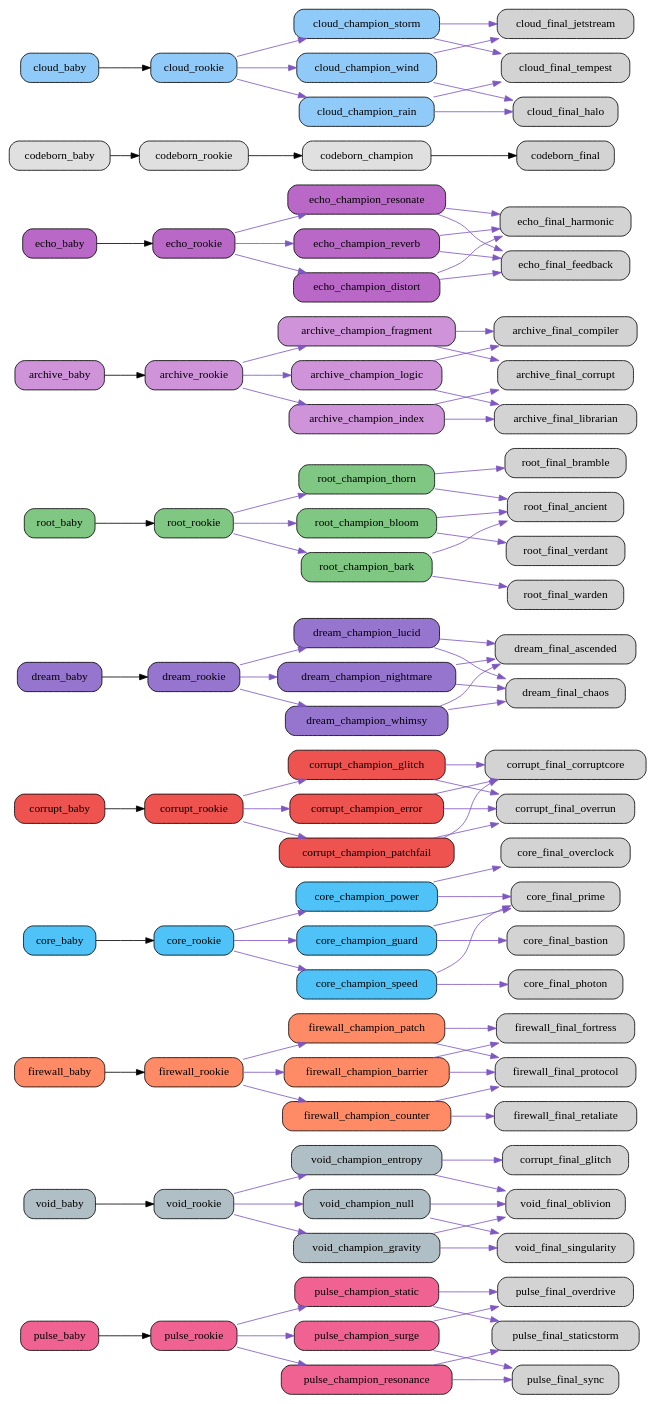
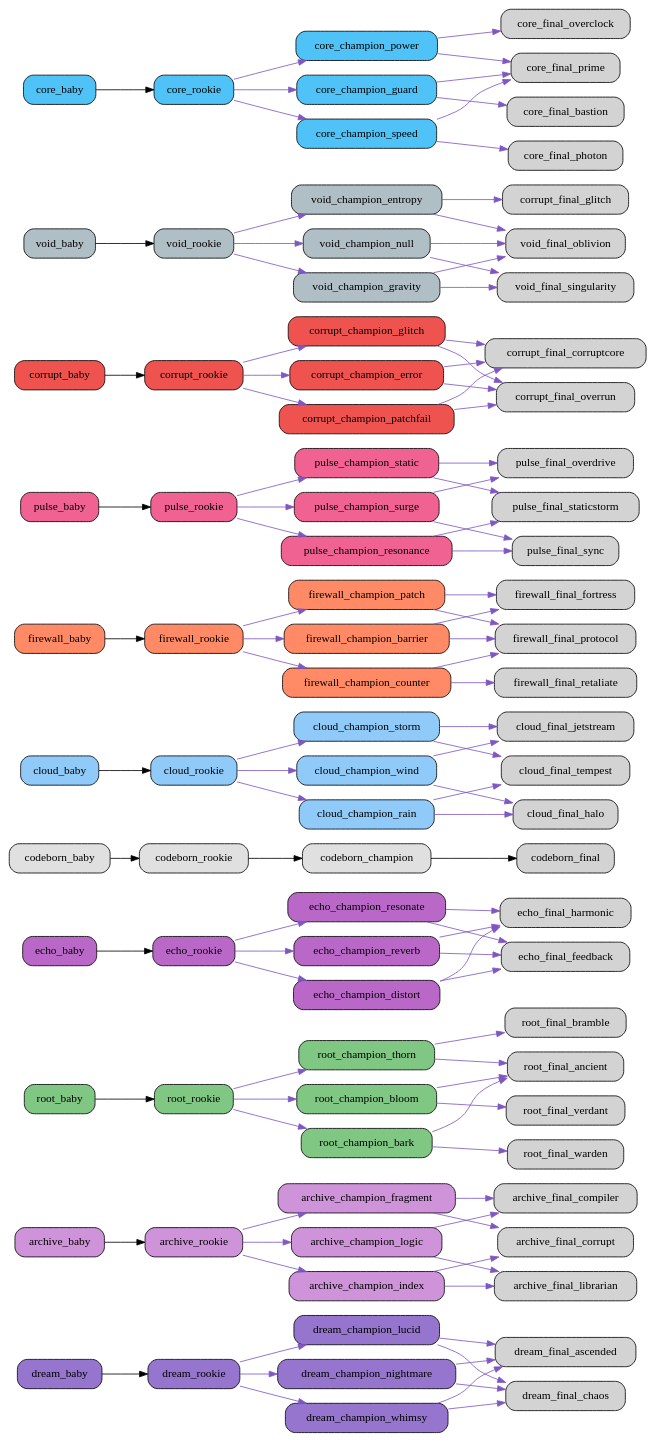
Before and after one commit to bwlight/NetGrid: the diagram in src/netgrid/systems/evolution/graphs/full/evolution_graph.dot, drawn with Graphviz. The commit also changed other lines of this file and 8 other files, not shown here.

Commit message:
Auto-update evolution graphs

```diff
--- a/src/netgrid/systems/evolution/graphs/full/evolution_graph.dot
+++ b/src/netgrid/systems/evolution/graphs/full/evolution_graph.dot
@@ -1,81 +1,6 @@
 digraph EvolutionTree {
   rankdir=LR;
   node [shape=box, style="rounded,filled"];
-  "pulse_baby" [fillcolor="#f06292"];
-  "pulse_baby" -> "pulse_rookie";
-  "pulse_rookie" [fillcolor="#f06292"];
-  "pulse_rookie" -> "pulse_champion_surge" [color="#7e57c2"];
-  "pulse_rookie" -> "pulse_champion_resonance" [color="#7e57c2"];
-  "pulse_rookie" -> "pulse_champion_static" [color="#7e57c2"];
-  "pulse_champion_surge" [fillcolor="#f06292"];
-  "pulse_champion_surge" -> "pulse_final_overdrive" [color="#7e57c2"];
-  "pulse_champion_surge" -> "pulse_final_sync" [color="#7e57c2"];
-  "pulse_champion_resonance" [fillcolor="#f06292"];
-  "pulse_champion_resonance" -> "pulse_final_sync" [color="#7e57c2"];
-  "pulse_champion_resonance" -> "pulse_final_staticstorm" [color="#7e57c2"];
-  "pulse_champion_static" [fillcolor="#f06292"];
-  "pulse_champion_static" -> "pulse_final_staticstorm" [color="#7e57c2"];
-  "pulse_champion_static" -> "pulse_final_overdrive" [color="#7e57c2"];
-  "void_baby" [fillcolor="#b0bec5"];
-  "void_baby" -> "void_rookie";
-  "void_rookie" [fillcolor="#b0bec5"];
-  "void_rookie" -> "void_champion_entropy" [color="#7e57c2"];
-  "void_rookie" -> "void_champion_gravity" [color="#7e57c2"];
-  "void_rookie" -> "void_champion_null" [color="#7e57c2"];
-  "void_champion_entropy" [fillcolor="#b0bec5"];
-  "void_champion_entropy" -> "corrupt_final_glitch" [color="#7e57c2"];
-  "void_champion_entropy" -> "void_final_oblivion" [color="#7e57c2"];
-  "void_champion_gravity" [fillcolor="#b0bec5"];
-  "void_champion_gravity" -> "void_final_singularity" [color="#7e57c2"];
-  "void_champion_gravity" -> "void_final_oblivion" [color="#7e57c2"];
-  "void_champion_null" [fillcolor="#b0bec5"];
-  "void_champion_null" -> "void_final_oblivion" [color="#7e57c2"];
-  "void_champion_null" -> "void_final_singularity" [color="#7e57c2"];
-  "firewall_baby" [fillcolor="#ff8a65"];
-  "firewall_baby" -> "firewall_rookie";
-  "firewall_rookie" [fillcolor="#ff8a65"];
-  "firewall_rookie" -> "firewall_champion_barrier" [color="#7e57c2"];
-  "firewall_rookie" -> "firewall_champion_counter" [color="#7e57c2"];
-  "firewall_rookie" -> "firewall_champion_patch" [color="#7e57c2"];
-  "firewall_champion_barrier" [fillcolor="#ff8a65"];
-  "firewall_champion_barrier" -> "firewall_final_fortress" [color="#7e57c2"];
-  "firewall_champion_barrier" -> "firewall_final_protocol" [color="#7e57c2"];
-  "firewall_champion_counter" [fillcolor="#ff8a65"];
-  "firewall_champion_counter" -> "firewall_final_retaliate" [color="#7e57c2"];
-  "firewall_champion_counter" -> "firewall_final_protocol" [color="#7e57c2"];
-  "firewall_champion_patch" [fillcolor="#ff8a65"];
-  "firewall_champion_patch" -> "firewall_final_protocol" [color="#7e57c2"];
-  "firewall_champion_patch" -> "firewall_final_fortress" [color="#7e57c2"];
-  "core_baby" [fillcolor="#4fc3f7"];
-  "core_baby" -> "core_rookie";
-  "core_rookie" [fillcolor="#4fc3f7"];
-  "core_rookie" -> "core_champion_power" [color="#7e57c2"];
-  "core_rookie" -> "core_champion_guard" [color="#7e57c2"];
-  "core_rookie" -> "core_champion_speed" [color="#7e57c2"];
-  "core_champion_power" [fillcolor="#4fc3f7"];
-  "core_champion_power" -> "core_final_overclock" [color="#7e57c2"];
-  "core_champion_power" -> "core_final_prime" [color="#7e57c2"];
-  "core_champion_guard" [fillcolor="#4fc3f7"];
-  "core_champion_guard" -> "core_final_bastion" [color="#7e57c2"];
-  "core_champion_guard" -> "core_final_prime" [color="#7e57c2"];
-  "core_champion_speed" [fillcolor="#4fc3f7"];
-  "core_champion_speed" -> "core_final_photon" [color="#7e57c2"];
-  "core_champion_speed" -> "core_final_prime" [color="#7e57c2"];
-  "corrupt_baby" [fillcolor="#ef5350"];
-  "corrupt_baby" -> "corrupt_rookie";
-  "corrupt_rookie" [fillcolor="#ef5350"];
-  "corrupt_rookie" -> "corrupt_champion_glitch" [color="#7e57c2"];
-  "corrupt_rookie" -> "corrupt_champion_error" [color="#7e57c2"];
-  "corrupt_rookie" -> "corrupt_champion_patchfail" [color="#7e57c2"];
-  "corrupt_champion_glitch" [fillcolor="#ef5350"];
-  "corrupt_champion_glitch" -> "corrupt_final_corruptcore" [color="#7e57c2"];
-  "corrupt_champion_glitch" -> "corrupt_final_overrun" [color="#7e57c2"];
-  "corrupt_champion_error" [fillcolor="#ef5350"];
-  "corrupt_champion_error" -> "corrupt_final_overrun" [color="#7e57c2"];
-  "corrupt_champion_error" -> "corrupt_final_corruptcore" [color="#7e57c2"];
-  "corrupt_champion_patchfail" [fillcolor="#ef5350"];
-  "corrupt_champion_patchfail" -> "corrupt_final_corruptcore" [color="#7e57c2"];
-  "corrupt_champion_patchfail" -> "corrupt_final_overrun" [color="#7e57c2"];
   "dream_baby" [fillcolor="#9575cd"];
   "dream_baby" -> "dream_rookie";
   "dream_rookie" [fillcolor="#9575cd"];
@@ -91,6 +16,21 @@
   "dream_champion_whimsy" [fillcolor="#9575cd"];
   "dream_champion_whimsy" -> "dream_final_ascended" [color="#7e57c2"];
   "dream_champion_whimsy" -> "dream_final_chaos" [color="#7e57c2"];
+  "archive_baby" [fillcolor="#ce93d8"];
+  "archive_baby" -> "archive_rookie";
+  "archive_rookie" [fillcolor="#ce93d8"];
+  "archive_rookie" -> "archive_champion_logic" [color="#7e57c2"];
+  "archive_rookie" -> "archive_champion_index" [color="#7e57c2"];
+  "archive_rookie" -> "archive_champion_fragment" [color="#7e57c2"];
+  "archive_champion_logic" [fillcolor="#ce93d8"];
+  "archive_champion_logic" -> "archive_final_compiler" [color="#7e57c2"];
+  "archive_champion_logic" -> "archive_final_librarian" [color="#7e57c2"];
+  "archive_champion_index" [fillcolor="#ce93d8"];
+  "archive_champion_index" -> "archive_final_librarian" [color="#7e57c2"];
+  "archive_champion_index" -> "archive_final_corrupt" [color="#7e57c2"];
+  "archive_champion_fragment" [fillcolor="#ce93d8"];
+  "archive_champion_fragment" -> "archive_final_corrupt" [color="#7e57c2"];
+  "archive_champion_fragment" -> "archive_final_compiler" [color="#7e57c2"];
   "root_baby" [fillcolor="#81c784"];
   "root_baby" -> "root_rookie";
   "root_rookie" [fillcolor="#81c784"];
@@ -106,21 +46,6 @@
   "root_champion_bark" [fillcolor="#81c784"];
   "root_champion_bark" -> "root_final_warden" [color="#7e57c2"];
   "root_champion_bark" -> "root_final_ancient" [color="#7e57c2"];
-  "archive_baby" [fillcolor="#ce93d8"];
-  "archive_baby" -> "archive_rookie";
-  "archive_rookie" [fillcolor="#ce93d8"];
-  "archive_rookie" -> "archive_champion_logic" [color="#7e57c2"];
-  "archive_rookie" -> "archive_champion_index" [color="#7e57c2"];
-  "archive_rookie" -> "archive_champion_fragment" [color="#7e57c2"];
-  "archive_champion_logic" [fillcolor="#ce93d8"];
-  "archive_champion_logic" -> "archive_final_compiler" [color="#7e57c2"];
-  "archive_champion_logic" -> "archive_final_librarian" [color="#7e57c2"];
-  "archive_champion_index" [fillcolor="#ce93d8"];
-  "archive_champion_index" -> "archive_final_librarian" [color="#7e57c2"];
-  "archive_champion_index" -> "archive_final_corrupt" [color="#7e57c2"];
-  "archive_champion_fragment" [fillcolor="#ce93d8"];
-  "archive_champion_fragment" -> "archive_final_corrupt" [color="#7e57c2"];
-  "archive_champion_fragment" -> "archive_final_compiler" [color="#7e57c2"];
   "echo_baby" [fillcolor="#ba68c8"];
   "echo_baby" -> "echo_rookie";
   "echo_rookie" [fillcolor="#ba68c8"];
@@ -157,4 +82,79 @@
   "cloud_champion_storm" [fillcolor="#90caf9"];
   "cloud_champion_storm" -> "cloud_final_tempest" [color="#7e57c2"];
   "cloud_champion_storm" -> "cloud_final_jetstream" [color="#7e57c2"];
+  "firewall_baby" [fillcolor="#ff8a65"];
+  "firewall_baby" -> "firewall_rookie";
+  "firewall_rookie" [fillcolor="#ff8a65"];
+  "firewall_rookie" -> "firewall_champion_barrier" [color="#7e57c2"];
+  "firewall_rookie" -> "firewall_champion_counter" [color="#7e57c2"];
+  "firewall_rookie" -> "firewall_champion_patch" [color="#7e57c2"];
+  "firewall_champion_barrier" [fillcolor="#ff8a65"];
+  "firewall_champion_barrier" -> "firewall_final_fortress" [color="#7e57c2"];
+  "firewall_champion_barrier" -> "firewall_final_protocol" [color="#7e57c2"];
+  "firewall_champion_counter" [fillcolor="#ff8a65"];
+  "firewall_champion_counter" -> "firewall_final_retaliate" [color="#7e57c2"];
+  "firewall_champion_counter" -> "firewall_final_protocol" [color="#7e57c2"];
+  "firewall_champion_patch" [fillcolor="#ff8a65"];
+  "firewall_champion_patch" -> "firewall_final_protocol" [color="#7e57c2"];
+  "firewall_champion_patch" -> "firewall_final_fortress" [color="#7e57c2"];
+  "pulse_baby" [fillcolor="#f06292"];
+  "pulse_baby" -> "pulse_rookie";
+  "pulse_rookie" [fillcolor="#f06292"];
+  "pulse_rookie" -> "pulse_champion_surge" [color="#7e57c2"];
+  "pulse_rookie" -> "pulse_champion_resonance" [color="#7e57c2"];
+  "pulse_rookie" -> "pulse_champion_static" [color="#7e57c2"];
+  "pulse_champion_surge" [fillcolor="#f06292"];
+  "pulse_champion_surge" -> "pulse_final_overdrive" [color="#7e57c2"];
+  "pulse_champion_surge" -> "pulse_final_sync" [color="#7e57c2"];
+  "pulse_champion_resonance" [fillcolor="#f06292"];
+  "pulse_champion_resonance" -> "pulse_final_sync" [color="#7e57c2"];
+  "pulse_champion_resonance" -> "pulse_final_staticstorm" [color="#7e57c2"];
+  "pulse_champion_static" [fillcolor="#f06292"];
+  "pulse_champion_static" -> "pulse_final_staticstorm" [color="#7e57c2"];
+  "pulse_champion_static" -> "pulse_final_overdrive" [color="#7e57c2"];
+  "corrupt_baby" [fillcolor="#ef5350"];
+  "corrupt_baby" -> "corrupt_rookie";
+  "corrupt_rookie" [fillcolor="#ef5350"];
+  "corrupt_rookie" -> "corrupt_champion_glitch" [color="#7e57c2"];
+  "corrupt_rookie" -> "corrupt_champion_error" [color="#7e57c2"];
+  "corrupt_rookie" -> "corrupt_champion_patchfail" [color="#7e57c2"];
+  "corrupt_champion_glitch" [fillcolor="#ef5350"];
+  "corrupt_champion_glitch" -> "corrupt_final_corruptcore" [color="#7e57c2"];
+  "corrupt_champion_glitch" -> "corrupt_final_overrun" [color="#7e57c2"];
+  "corrupt_champion_error" [fillcolor="#ef5350"];
+  "corrupt_champion_error" -> "corrupt_final_overrun" [color="#7e57c2"];
+  "corrupt_champion_error" -> "corrupt_final_corruptcore" [color="#7e57c2"];
+  "corrupt_champion_patchfail" [fillcolor="#ef5350"];
+  "corrupt_champion_patchfail" -> "corrupt_final_corruptcore" [color="#7e57c2"];
+  "corrupt_champion_patchfail" -> "corrupt_final_overrun" [color="#7e57c2"];
+  "void_baby" [fillcolor="#b0bec5"];
+  "void_baby" -> "void_rookie";
+  "void_rookie" [fillcolor="#b0bec5"];
+  "void_rookie" -> "void_champion_entropy" [color="#7e57c2"];
+  "void_rookie" -> "void_champion_gravity" [color="#7e57c2"];
+  "void_rookie" -> "void_champion_null" [color="#7e57c2"];
+  "void_champion_entropy" [fillcolor="#b0bec5"];
+  "void_champion_entropy" -> "corrupt_final_glitch" [color="#7e57c2"];
+  "void_champion_entropy" -> "void_final_oblivion" [color="#7e57c2"];
+  "void_champion_gravity" [fillcolor="#b0bec5"];
+  "void_champion_gravity" -> "void_final_singularity" [color="#7e57c2"];
+  "void_champion_gravity" -> "void_final_oblivion" [color="#7e57c2"];
+  "void_champion_null" [fillcolor="#b0bec5"];
+  "void_champion_null" -> "void_final_oblivion" [color="#7e57c2"];
+  "void_champion_null" -> "void_final_singularity" [color="#7e57c2"];
+  "core_baby" [fillcolor="#4fc3f7"];
+  "core_baby" -> "core_rookie";
+  "core_rookie" [fillcolor="#4fc3f7"];
+  "core_rookie" -> "core_champion_power" [color="#7e57c2"];
+  "core_rookie" -> "core_champion_guard" [color="#7e57c2"];
+  "core_rookie" -> "core_champion_speed" [color="#7e57c2"];
+  "core_champion_power" [fillcolor="#4fc3f7"];
+  "core_champion_power" -> "core_final_overclock" [color="#7e57c2"];
+  "core_champion_power" -> "core_final_prime" [color="#7e57c2"];
+  "core_champion_guard" [fillcolor="#4fc3f7"];
+  "core_champion_guard" -> "core_final_bastion" [color="#7e57c2"];
+  "core_champion_guard" -> "core_final_prime" [color="#7e57c2"];
+  "core_champion_speed" [fillcolor="#4fc3f7"];
+  "core_champion_speed" -> "core_final_photon" [color="#7e57c2"];
+  "core_champion_speed" -> "core_final_prime" [color="#7e57c2"];
 }
```
